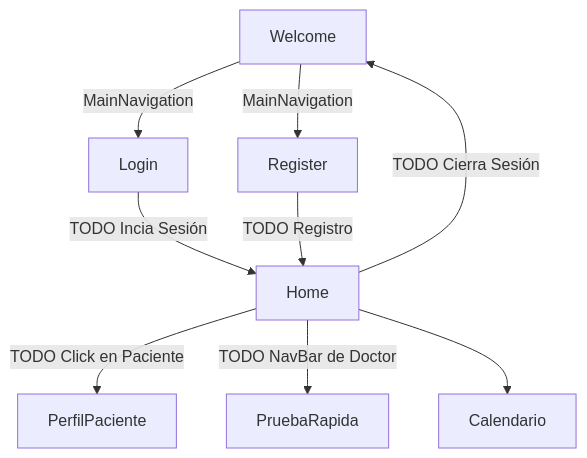
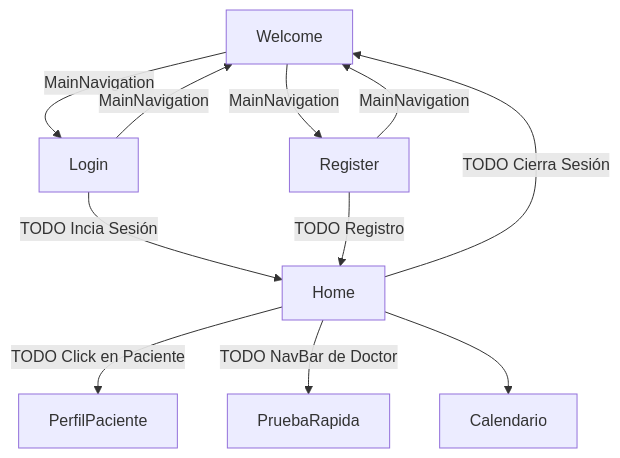
One commit to josecarlosmemo/activeBrain changed the diagram in README.md. Above: the diagram before and after it, drawn with Mermaid. The commit also changed other lines of this file and 14 other files, not shown here.

````diff
--- a/README.md
+++ b/README.md
@@ -33,15 +45,19 @@
 ``` mermaid
 
 graph
 
 Welcome --> |MainNavigation| Login
 Welcome --> |MainNavigation| Register
+
+Login --> |MainNavigation| Welcome
+Register --> |MainNavigation| Welcome
+
 
 Login --> |TODO Incia Sesión| Home
 Register --> |TODO Registro| Home
 
 Home --> |TODO Cierra Sesión| Welcome
 Home -->|TODO Click en Paciente| PerfilPaciente
 Home --> |TODO NavBar de Doctor| PruebaRapida
 Home --> Calendario
 ```
````
